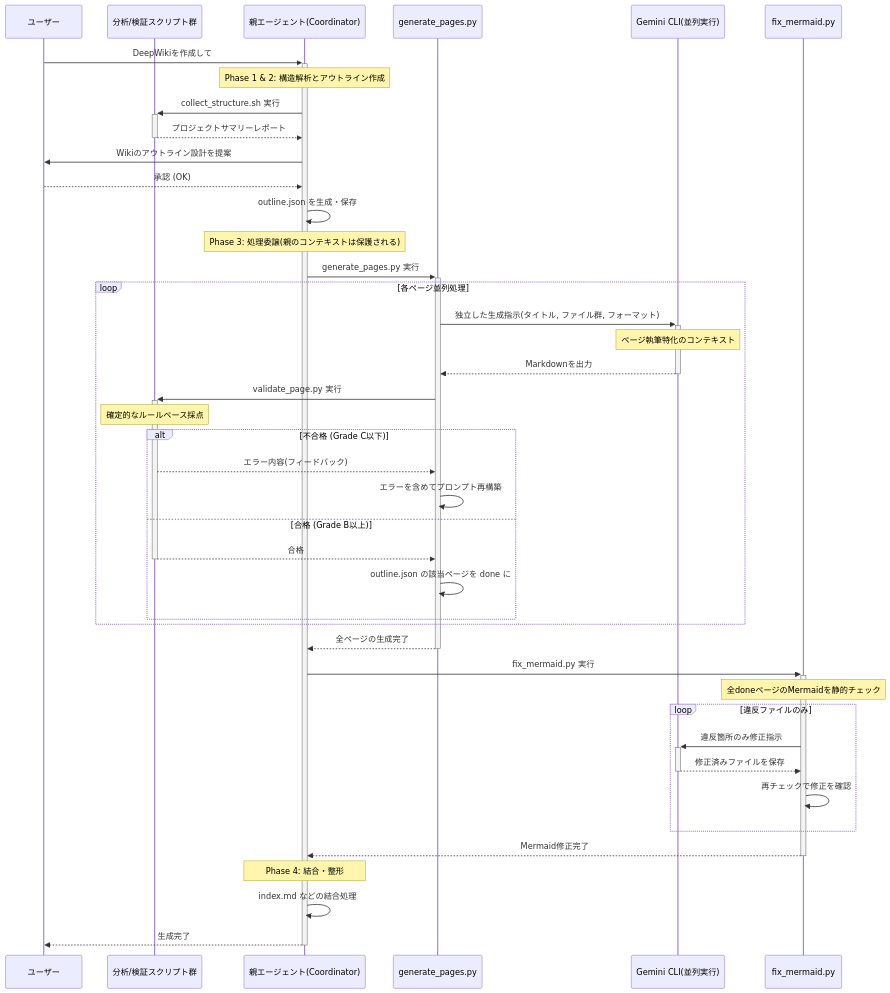
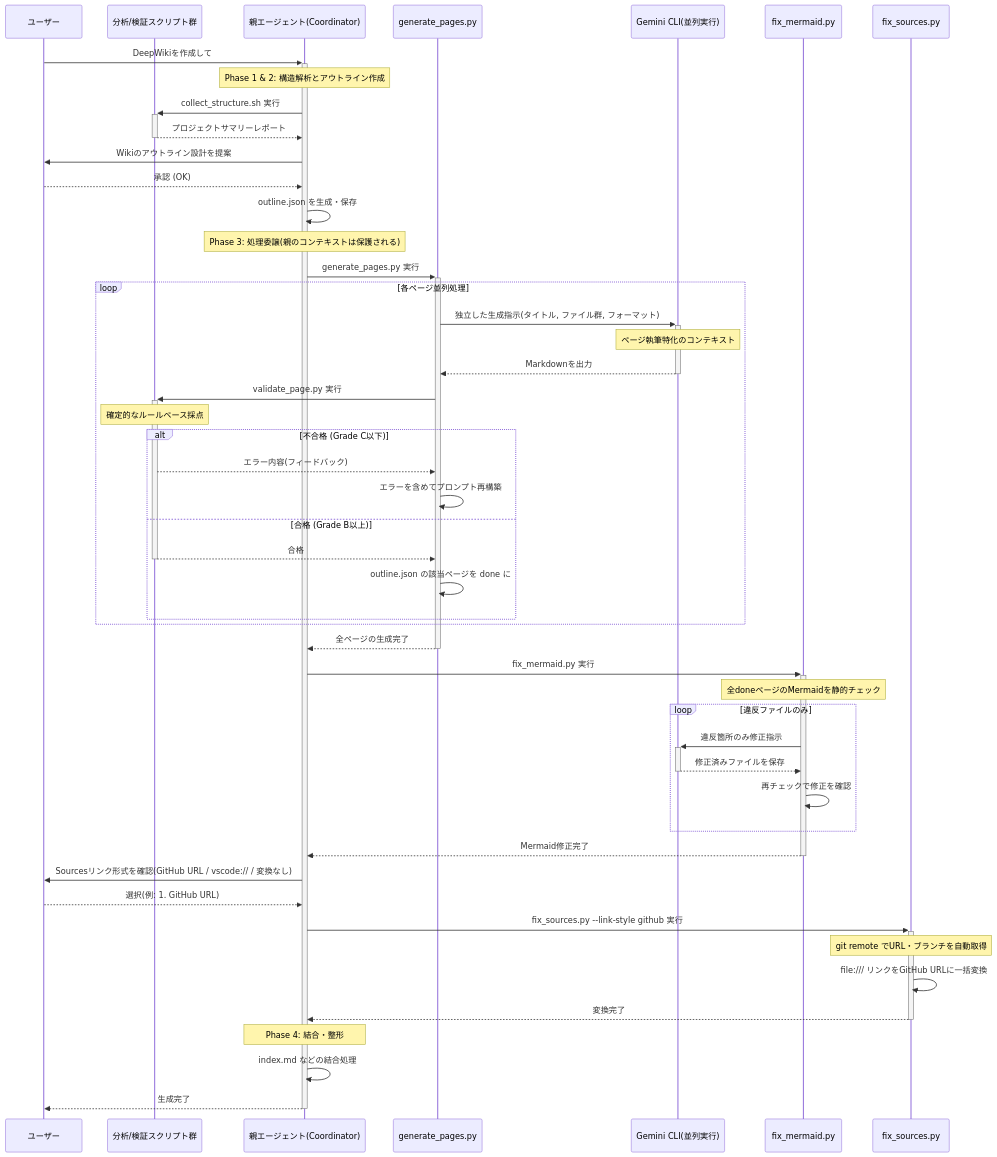
Before and after one commit to akihiro4321/deepwiki-creator: the diagram in deepwiki-skill-overview.md, drawn with Mermaid. The commit also changed other lines of this file, not shown here.

Commit message:
feat: Claudeのローカル設定にgeminicli.comへのWebFetch権限を追加し、deepwikiスキル概要を更新

````diff
--- a/deepwiki-skill-overview.md
+++ b/deepwiki-skill-overview.md
@@ -53,53 +56,61 @@
 ```mermaid
 sequenceDiagram
     participant User as ユーザー
     participant Script1 as 分析/検証スクリプト群
     participant Main as 親エージェント(Coordinator)
     participant GenScript as generate_pages.py
     participant Gemini as Gemini CLI(並列実行)
     participant MermaidFix as fix_mermaid.py
+    participant SourcesFix as fix_sources.py
 
     User->>+Main: DeepWikiを作成して
 
     Note over Main: Phase 1 & 2: 構造解析とアウトライン作成
     Main->>+Script1: collect_structure.sh 実行
     Script1-->>-Main: プロジェクトサマリーレポート
     Main->>User: Wikiのアウトライン設計を提案
     User-->>Main: 承認 (OK)
     Main->>Main: outline.json を生成・保存
 
     Note over Main: Phase 3: 処理委譲(親のコンテキストは保護される)
     Main->>+GenScript: generate_pages.py 実行
 
     loop 各ページ並列処理
         GenScript->>+Gemini: 独立した生成指示(タイトル, ファイル群, フォーマット)
         Note over Gemini: ページ執筆特化のコンテキスト
         Gemini-->>-GenScript: Markdownを出力
 
         GenScript->>+Script1: validate_page.py 実行
         Note over Script1: 確定的なルールベース採点
 
         alt 不合格 (Grade C以下)
             Script1-->>GenScript: エラー内容(フィードバック)
             GenScript->>GenScript: エラーを含めてプロンプト再構築
         else 合格 (Grade B以上)
             Script1-->>-GenScript: 合格
             GenScript->>GenScript: outline.json の該当ページを done に
         end
     end
 
     GenScript-->>-Main: 全ページの生成完了
 
     Main->>+MermaidFix: fix_mermaid.py 実行
     Note over MermaidFix: 全doneページのMermaidを静的チェック
     loop 違反ファイルのみ
         MermaidFix->>+Gemini: 違反箇所のみ修正指示
         Gemini-->>-MermaidFix: 修正済みファイルを保存
         MermaidFix->>MermaidFix: 再チェックで修正を確認
     end
     MermaidFix-->>-Main: Mermaid修正完了
 
+    Main->>User: Sourcesリンク形式を確認(GitHub URL / vscode:// / 変換なし)
+    User-->>Main: 選択(例: 1. GitHub URL)
+    Main->>+SourcesFix: fix_sources.py --link-style github 実行
+    Note over SourcesFix: git remote でURL・ブランチを自動取得
+    SourcesFix->>SourcesFix: file:/// リンクをGitHub URLに一括変換
+    SourcesFix-->>-Main: 変換完了
+
     Note over Main: Phase 4: 結合・整形
     Main->>Main: index.md などの結合処理
     Main-->>-User: 生成完了
 ```
````
